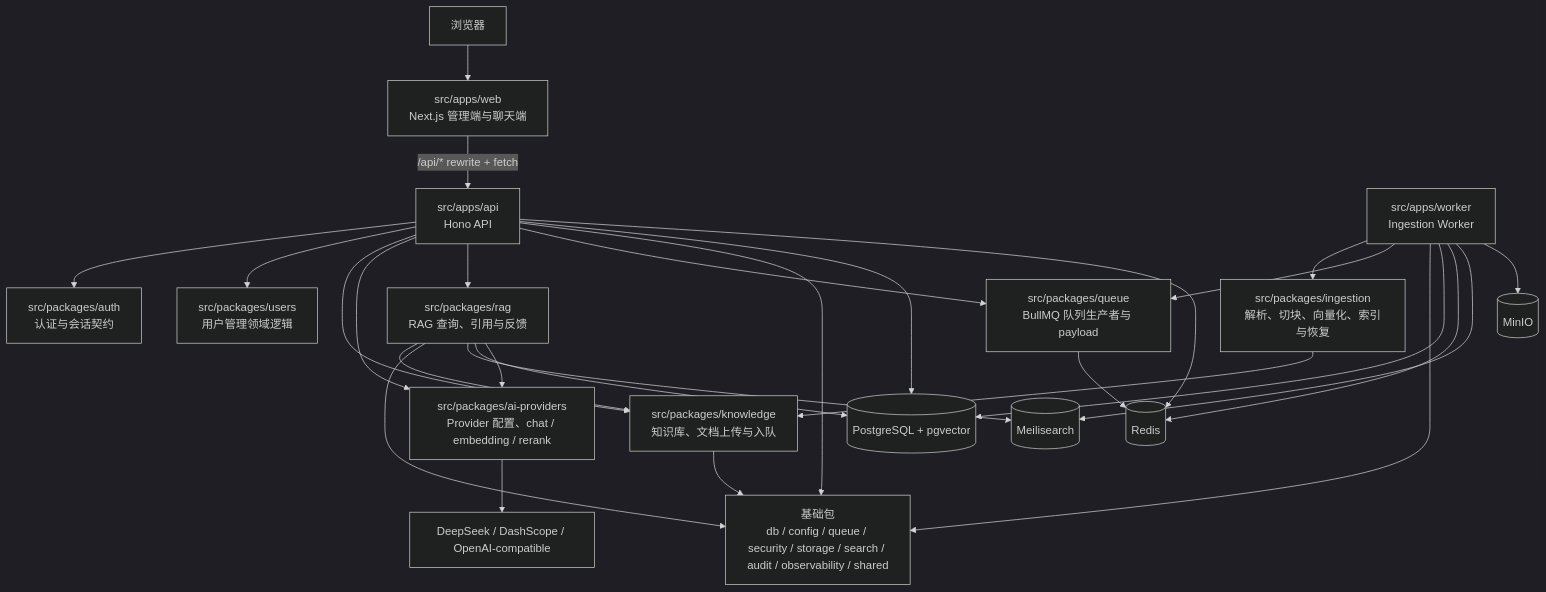
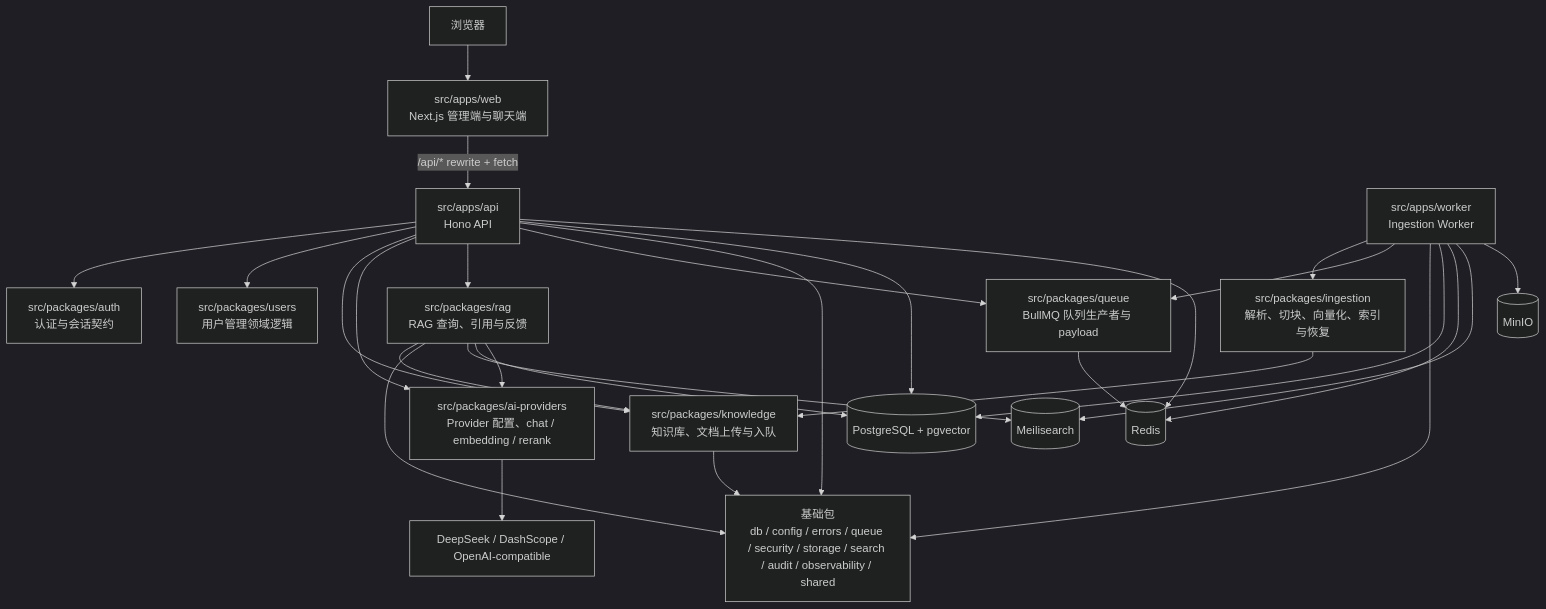
One commit to HashFlowSY/knowledge-base-ai-assistant-design changed the diagram in README.md. Above: the diagram before and after it, drawn with Mermaid (dark theme). The commit also changed other lines of this file, not shown here.

````diff
--- a/README.md
+++ b/README.md
@@ -22,52 +22,52 @@
 ```mermaid
 flowchart TB
   Browser["浏览器"]
   Web["src/apps/web<br/>Next.js 管理端与聊天端"]
   API["src/apps/api<br/>Hono API"]
   Worker["src/apps/worker<br/>Ingestion Worker"]
 
   Auth["src/packages/auth<br/>认证与会话契约"]
   Users["src/packages/users<br/>用户管理领域逻辑"]
   KB["src/packages/knowledge<br/>知识库、文档上传与入队"]
   Ingestion["src/packages/ingestion<br/>解析、切块、向量化、索引与恢复"]
   RAG["src/packages/rag<br/>RAG 查询、引用与反馈"]
   AI["src/packages/ai-providers<br/>Provider 配置、chat / embedding / rerank"]
   Queue["src/packages/queue<br/>BullMQ 队列生产者与 payload"]
-  Infra["基础包<br/>db / config / queue / security / storage / search / audit / observability / shared"]
+  Infra["基础包<br/>db / config / errors / queue / security / storage / search / audit / observability / shared"]
 
   Postgres[("PostgreSQL + pgvector")]
   Redis[("Redis")]
   Meili[("Meilisearch")]
   MinIO[("MinIO")]
   Providers["DeepSeek / DashScope / OpenAI-compatible"]
 
   Browser --> Web
   Web -->|/api/* rewrite + fetch| API
   API --> Auth
   API --> Users
   API --> KB
   API --> AI
   API --> RAG
   API --> Queue
   API --> Infra
   API --> Postgres
   API --> Redis
 
   Queue --> Redis
   Worker --> Ingestion
   Worker --> Queue
   Worker --> Infra
   Worker --> Postgres
   Worker --> Redis
   Worker --> Meili
   Worker --> MinIO
 
   KB --> Infra
   Ingestion --> KB
   RAG --> KB
   RAG --> Infra
   RAG --> Meili
   RAG --> Postgres
   RAG --> AI
   AI --> Providers
 ```
````
